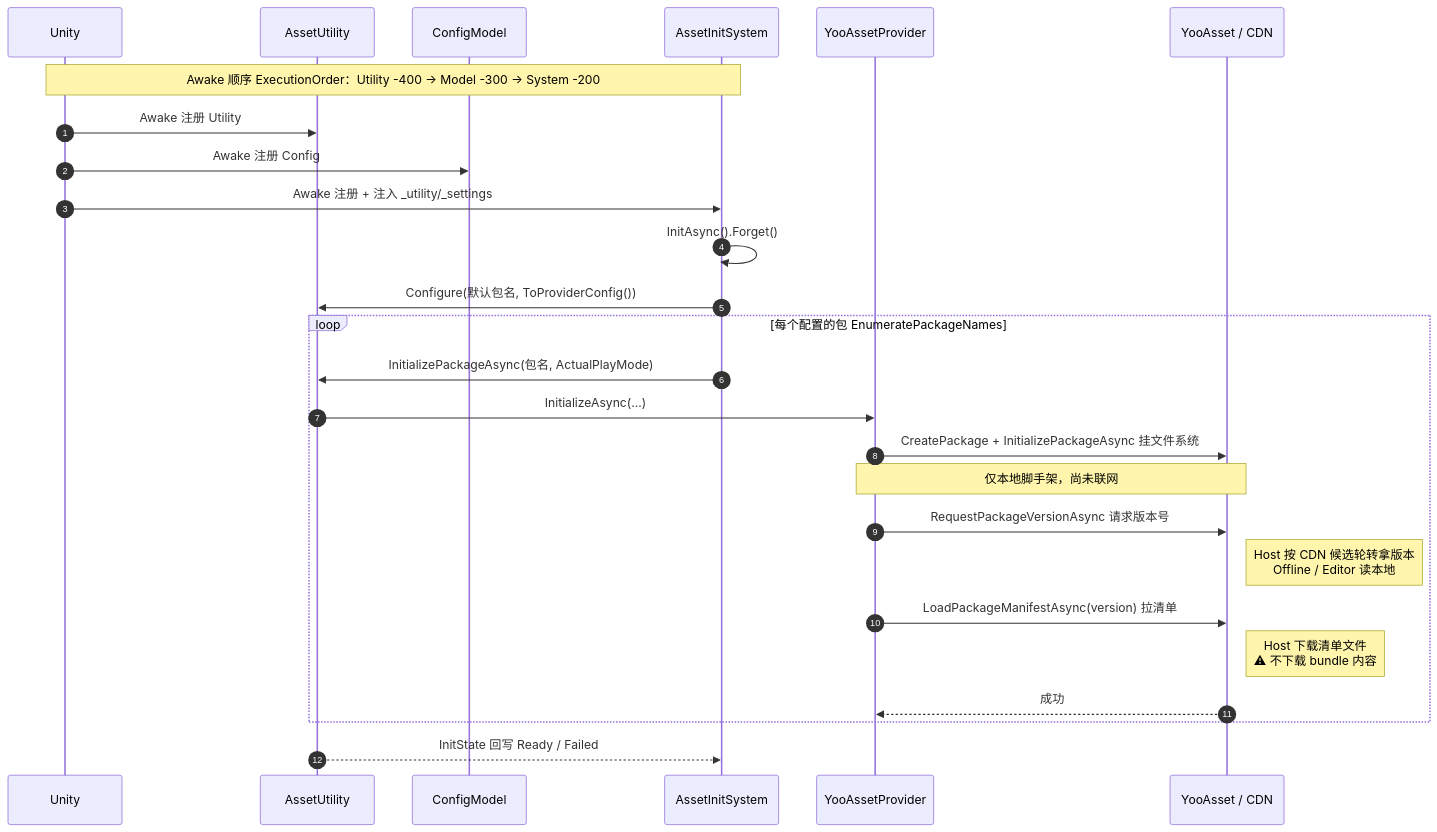
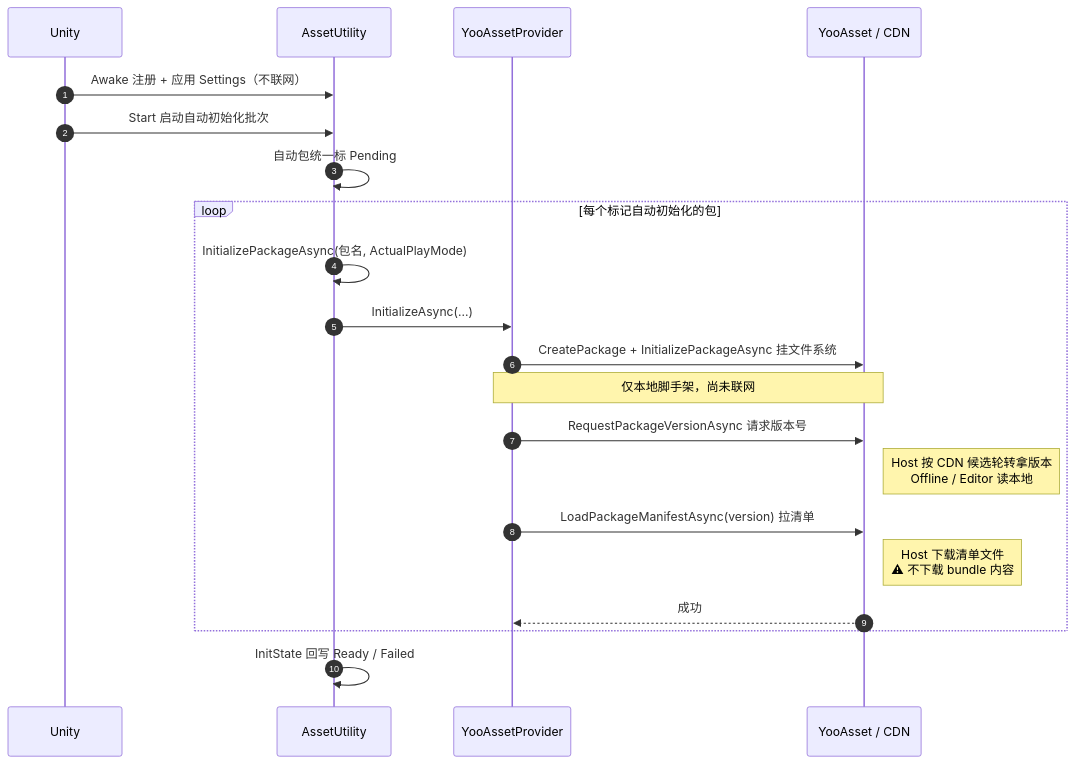
Before and after one commit to heroliss/SSFramework: the second of 5 diagrams in docs/asset-system-flow.md, drawn with Mermaid. The commit also changed other lines of this file and 46 other files, not shown here.

````diff
--- a/docs/asset-system-flow.md
+++ b/docs/asset-system-flow.md
@@ -35,29 +32,24 @@
 ```mermaid
 sequenceDiagram
     autonumber
     participant U as Unity
     participant Util as AssetUtility
-    participant Cfg as ConfigModel
-    participant Sys as AssetInitSystem
     participant Prov as YooAssetProvider
     participant Yoo as YooAsset / CDN
 
-    Note over U,Sys: Awake 顺序 ExecutionOrder：Utility -400 → Model -300 → System -200
-    U->>Util: Awake 注册 Utility
-    U->>Cfg: Awake 注册 Config
-    U->>Sys: Awake 注册 + 注入 _utility/_settings
-    Sys->>Sys: InitAsync().Forget()
-    Sys->>Util: Configure(默认包名, ToProviderConfig())
-    loop 每个配置的包 EnumeratePackageNames
-        Sys->>Util: InitializePackageAsync(包名, ActualPlayMode)
+    U->>Util: Awake 注册 + 应用 Settings（不联网）
+    U->>Util: Start 启动自动初始化批次
+    Util->>Util: 自动包统一标 Pending
+    loop 每个标记自动初始化的包
+        Util->>Util: InitializePackageAsync(包名, ActualPlayMode)
         Util->>Prov: InitializeAsync(...)
         Prov->>Yoo: CreatePackage + InitializePackageAsync 挂文件系统
         Note over Prov,Yoo: 仅本地脚手架，尚未联网
         Prov->>Yoo: RequestPackageVersionAsync 请求版本号
         Note right of Yoo: Host 按 CDN 候选轮转拿版本<br/>Offline / Editor 读本地
         Prov->>Yoo: LoadPackageManifestAsync(version) 拉清单
         Note right of Yoo: Host 下载清单文件<br/>⚠ 不下载 bundle 内容
         Yoo-->>Prov: 成功
     end
-    Util-->>Sys: InitState 回写 Ready / Failed
+    Util->>Util: InitState 回写 Ready / Failed
 ```
````
